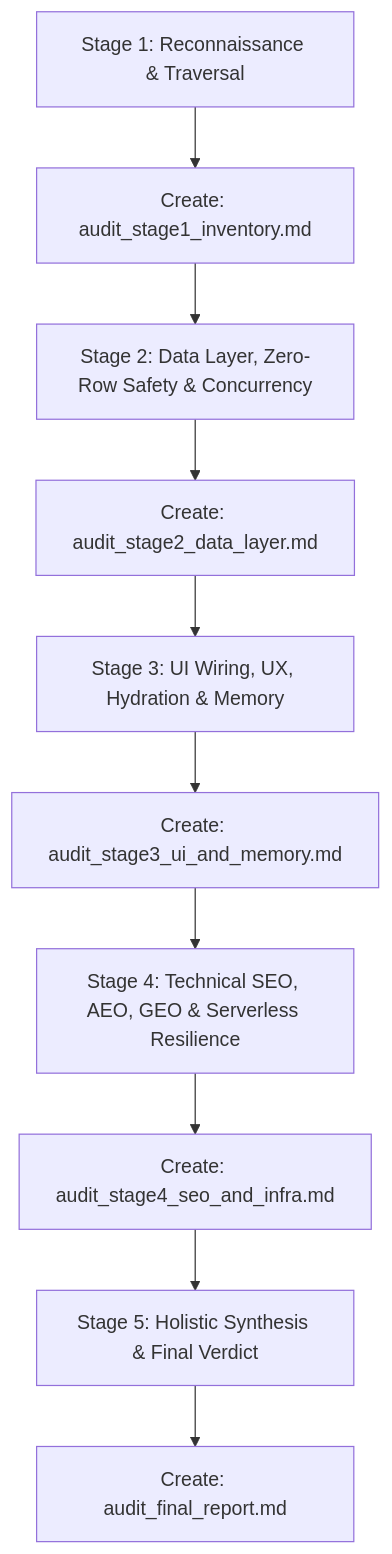
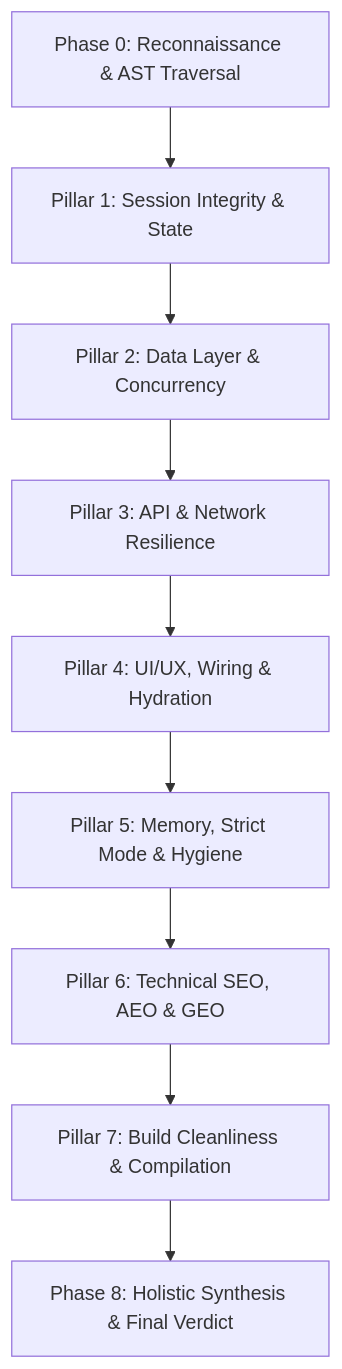
The diagram in SKILL.md (Kryptopacy/pacy-codebase-auditor), drawn with Mermaid before and after one commit. The commit also changed other lines of this file, not shown here.

Commit message:
feat(auditor): align skill with exhaustive 7-pillar empirical scorecard

````diff
--- a/SKILL.md
+++ b/SKILL.md
@@ -21,12 +19,11 @@
 ```mermaid
 graph TD
-    S1[Stage 1: Reconnaissance & Traversal] --> R1[Create: audit_stage1_inventory.md]
-    R1 --> S2[Stage 2: Data Layer, Zero-Row Safety & Concurrency]
-    S2 --> R2[Create: audit_stage2_data_layer.md]
-    R2 --> S3[Stage 3: UI Wiring, UX, Hydration & Memory]
-    S3 --> R3[Create: audit_stage3_ui_and_memory.md]
-    R3 --> S4[Stage 4: Technical SEO, AEO, GEO & Serverless Resilience]
-    S4 --> R4[Create: audit_stage4_seo_and_infra.md]
-    R4 --> S5[Stage 5: Holistic Synthesis & Final Verdict]
-    S5 --> RF[Create: audit_final_report.md]
+    S0[Phase 0: Reconnaissance & AST Traversal] --> P1[Pillar 1: Session Integrity & State]
+    P1 --> P2[Pillar 2: Data Layer & Concurrency]
+    P2 --> P3[Pillar 3: API & Network Resilience]
+    P3 --> P4[Pillar 4: UI/UX, Wiring & Hydration]
+    P4 --> P5[Pillar 5: Memory, Strict Mode & Hygiene]
+    P5 --> P6[Pillar 6: Technical SEO, AEO & GEO]
+    P6 --> P7[Pillar 7: Build Cleanliness & Compilation]
+    P7 --> FS[Phase 8: Holistic Synthesis & Final Verdict]
 ```
````
